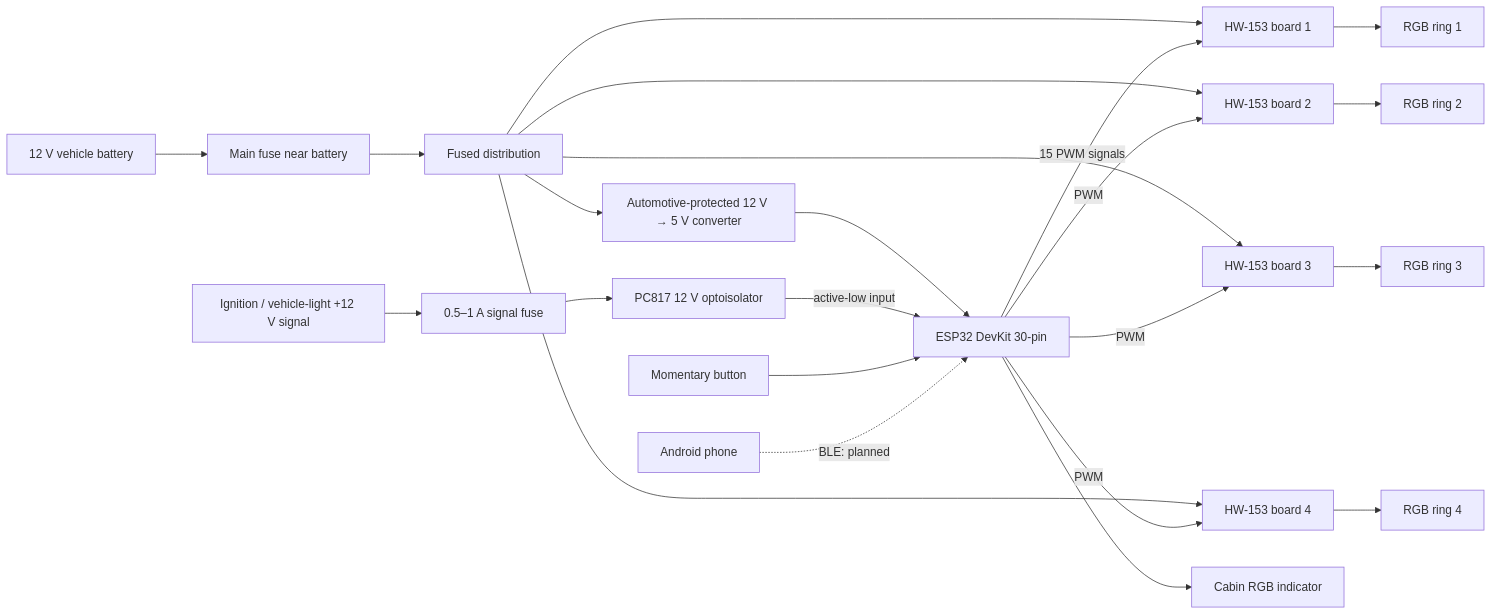
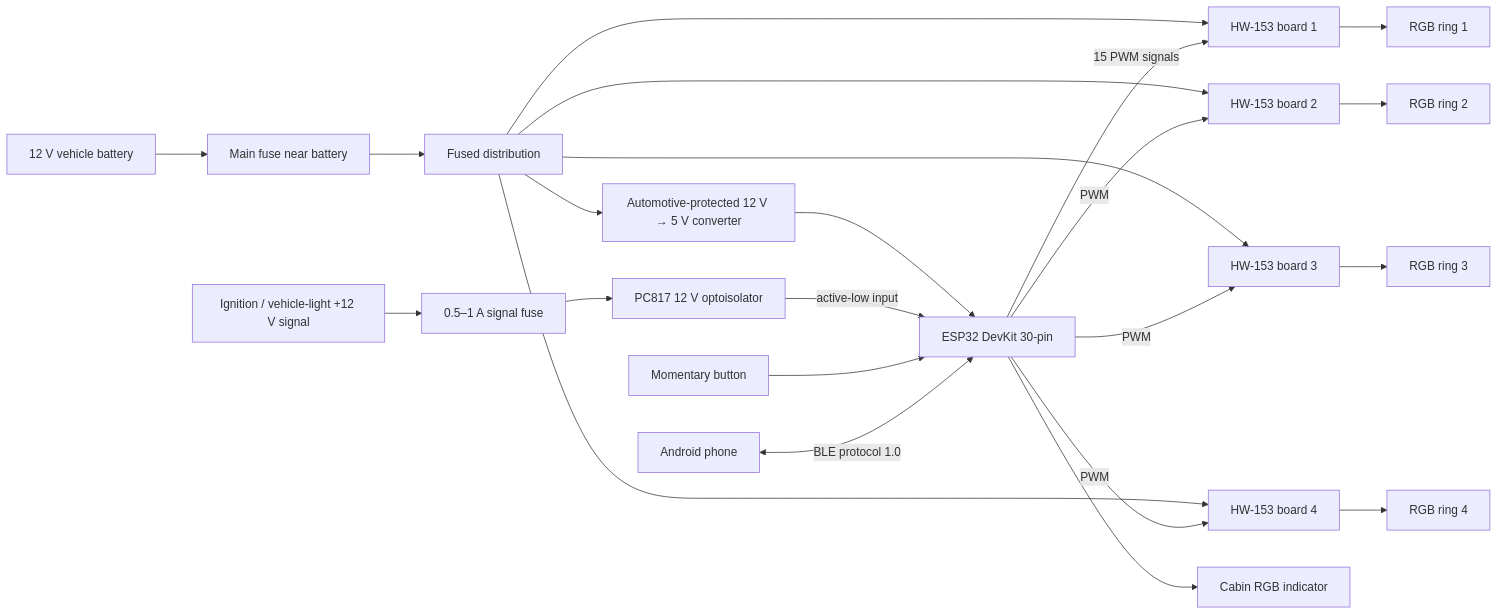
Before and after one commit to karlos1998/ring-controller: the first of 2 diagrams in README.md, drawn with Mermaid. The commit also changed other lines of this file and 3 other files, not shown here.

````diff
--- a/README.md
+++ b/README.md
@@ -21,29 +21,29 @@
 ```mermaid
 flowchart LR
     BAT["12 V vehicle battery"] --> FMAIN["Main fuse near battery"]
     FMAIN --> DIST["Fused distribution"]
     DIST --> BUCK["Automotive-protected 12 V → 5 V converter"]
     BUCK --> ESP["ESP32 DevKit 30-pin"]
 
     DIST --> B1["HW-153 board 1"]
     DIST --> B2["HW-153 board 2"]
     DIST --> B3["HW-153 board 3"]
     DIST --> B4["HW-153 board 4"]
 
     B1 --> R1["RGB ring 1"]
     B2 --> R2["RGB ring 2"]
     B3 --> R3["RGB ring 3"]
     B4 --> R4["RGB ring 4"]
 
     ESP -- "15 PWM signals" --> B1
     ESP -- "PWM" --> B2
     ESP -- "PWM" --> B3
     ESP -- "PWM" --> B4
     ESP --> IND["Cabin RGB indicator"]
 
     IGN["Ignition / vehicle-light +12 V signal"] --> FSIG["0.5–1 A signal fuse"]
     FSIG --> OPTO["PC817 12 V optoisolator"]
     OPTO -->|"active-low input"| ESP
     BTN["Momentary button"] --> ESP
-    PHONE["Android phone"] -. "BLE: planned" .-> ESP
+    PHONE["Android phone"] <-->|"BLE protocol 1.0"| ESP
 ```
````
